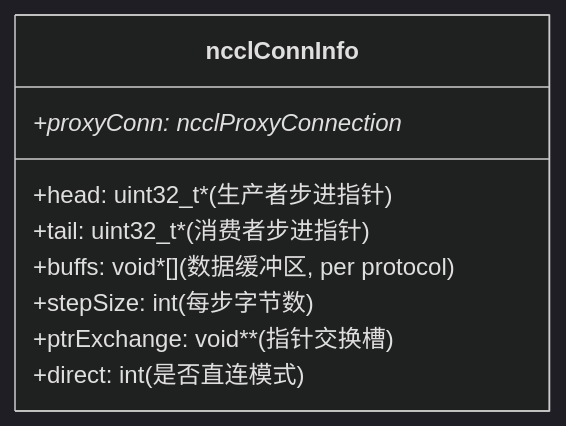
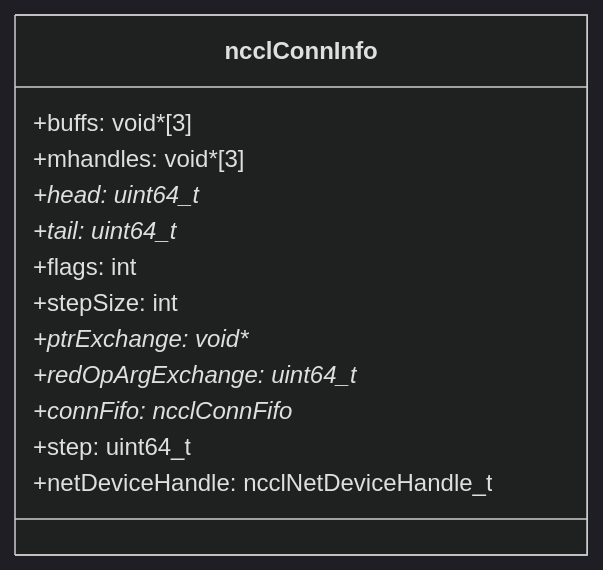
One commit to s0okiym/share changed the second of 12 diagrams in dd_nccl_glm5.1/03-channel.md. Above: the diagram before and after it, drawn with Mermaid (dark theme). The commit also changed other lines of this file and 19 other files, not shown here.

````diff
--- a/dd_nccl_glm5.1/03-channel.md
+++ b/dd_nccl_glm5.1/03-channel.md
@@ -49,12 +55,16 @@
 ```mermaid
 classDiagram
     class ncclConnInfo {
-        +head: uint32_t* (生产者步进指针)
-        +tail: uint32_t* (消费者步进指针)
-        +buffs: void*[] (数据缓冲区, per protocol)
-        +stepSize: int (每步字节数)
-        +ptrExchange: void** (指针交换槽)
-        +proxyConn: ncclProxyConnection*
-        +direct: int (是否直连模式)
+        +buffs: void*[3]
+        +mhandles: void*[3]
+        +head: uint64_t*
+        +tail: uint64_t*
+        +flags: int
+        +stepSize: int
+        +ptrExchange: void**
+        +redOpArgExchange: uint64_t*
+        +connFifo: ncclConnFifo*
+        +step: uint64_t
+        +netDeviceHandle: ncclNetDeviceHandle_t
     }
 ```
````
